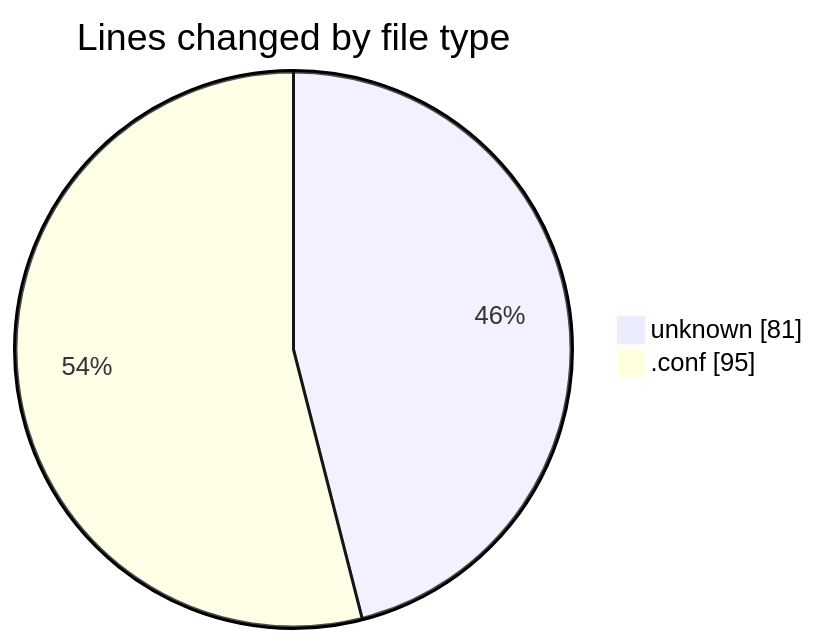
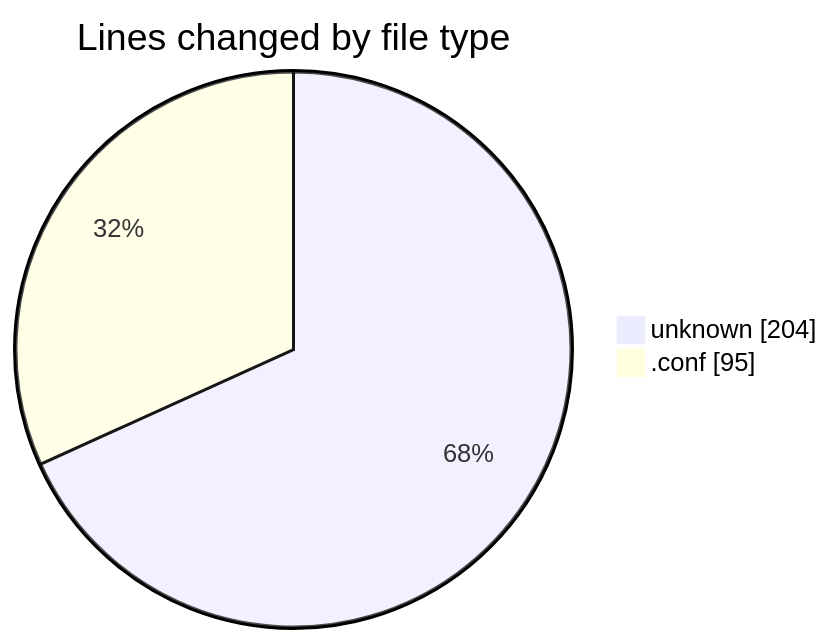
One commit to lephambinh05/code-tracking changed the first of 2 diagrams in 2025-07-12/shopaccv1/README.md. Above: the diagram before and after it, drawn with Mermaid. The commit also changed other lines of this file and 1 other file, not shown here.

````diff
--- a/2025-07-12/shopaccv1/README.md
+++ b/2025-07-12/shopaccv1/README.md
@@ -23,6 +24,6 @@
 ```mermaid
 pie showData
 title Lines changed by file type
-"unknown" : 81
+"unknown" : 204
 ".conf" : 95
 ```
````
